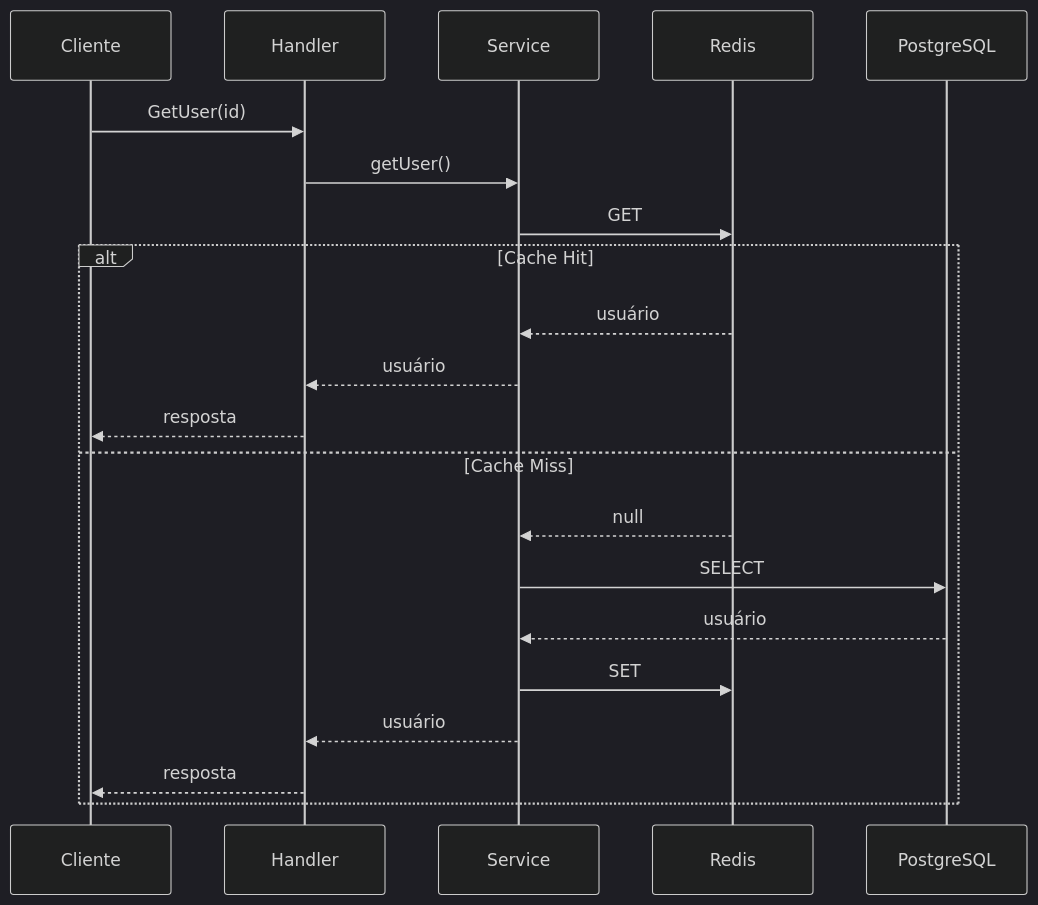
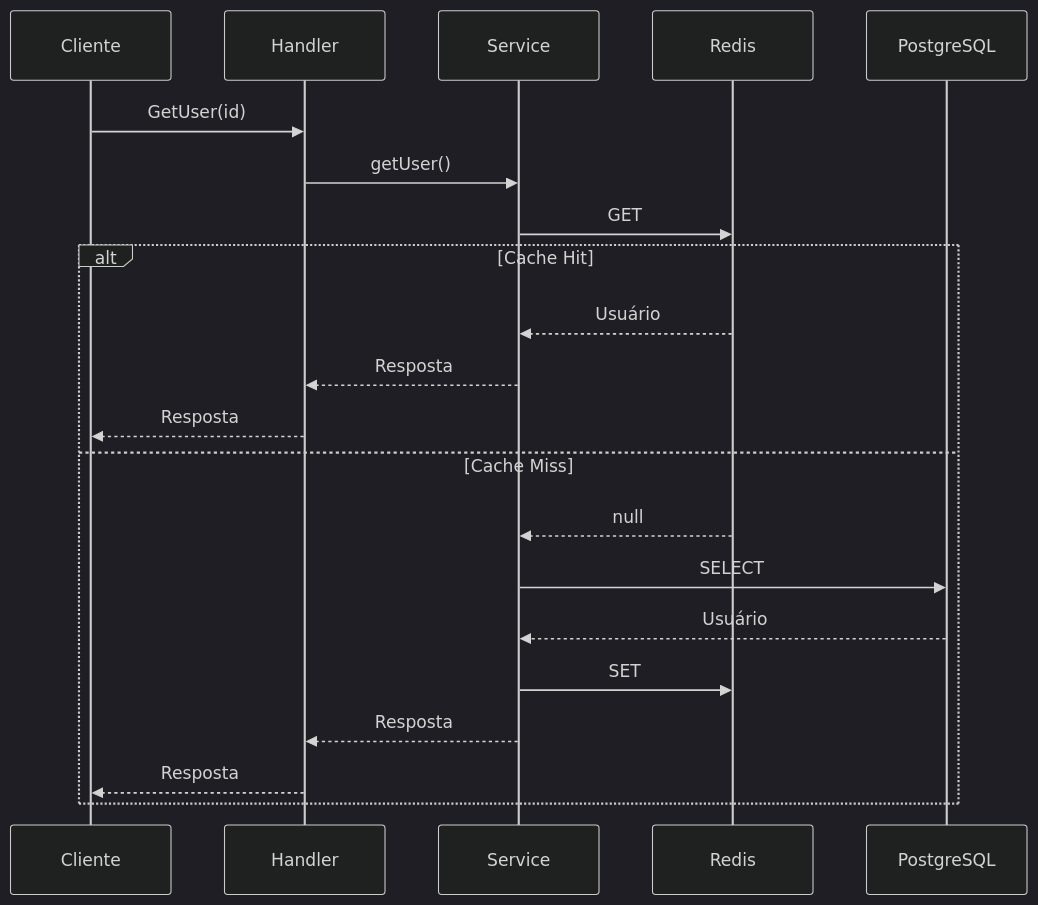
Before and after one commit to Eduardoss45/grpc-playground: the third of 7 diagrams in README.md, drawn with Mermaid (dark theme). The commit also changed other lines of this file, not shown here.

````diff
--- a/README.md
+++ b/README.md
@@ -181,39 +212,39 @@
 ```mermaid
 sequenceDiagram
 
 participant Cliente
 participant Handler
 participant Service
 participant Redis
 participant PostgreSQL
 
 Cliente->>Handler: GetUser(id)
 
 Handler->>Service: getUser()
 
 Service->>Redis: GET
 
 alt Cache Hit
 
-Redis-->>Service: usuário
+Redis-->>Service: Usuário
 
-Service-->>Handler: usuário
+Service-->>Handler: Resposta
 
-Handler-->>Cliente: resposta
+Handler-->>Cliente: Resposta
 
 else Cache Miss
 
 Redis-->>Service: null
 
 Service->>PostgreSQL: SELECT
 
-PostgreSQL-->>Service: usuário
+PostgreSQL-->>Service: Usuário
 
 Service->>Redis: SET
 
-Service-->>Handler: usuário
+Service-->>Handler: Resposta
 
-Handler-->>Cliente: resposta
+Handler-->>Cliente: Resposta
 
 end
 ```
````
